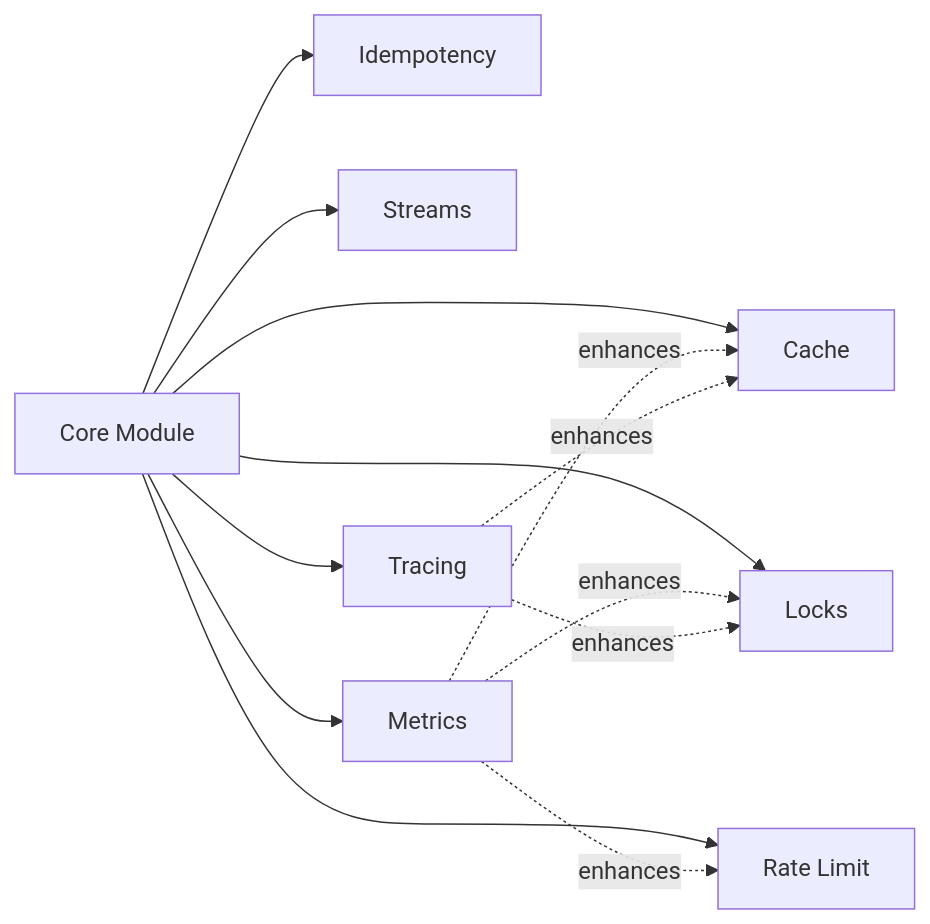
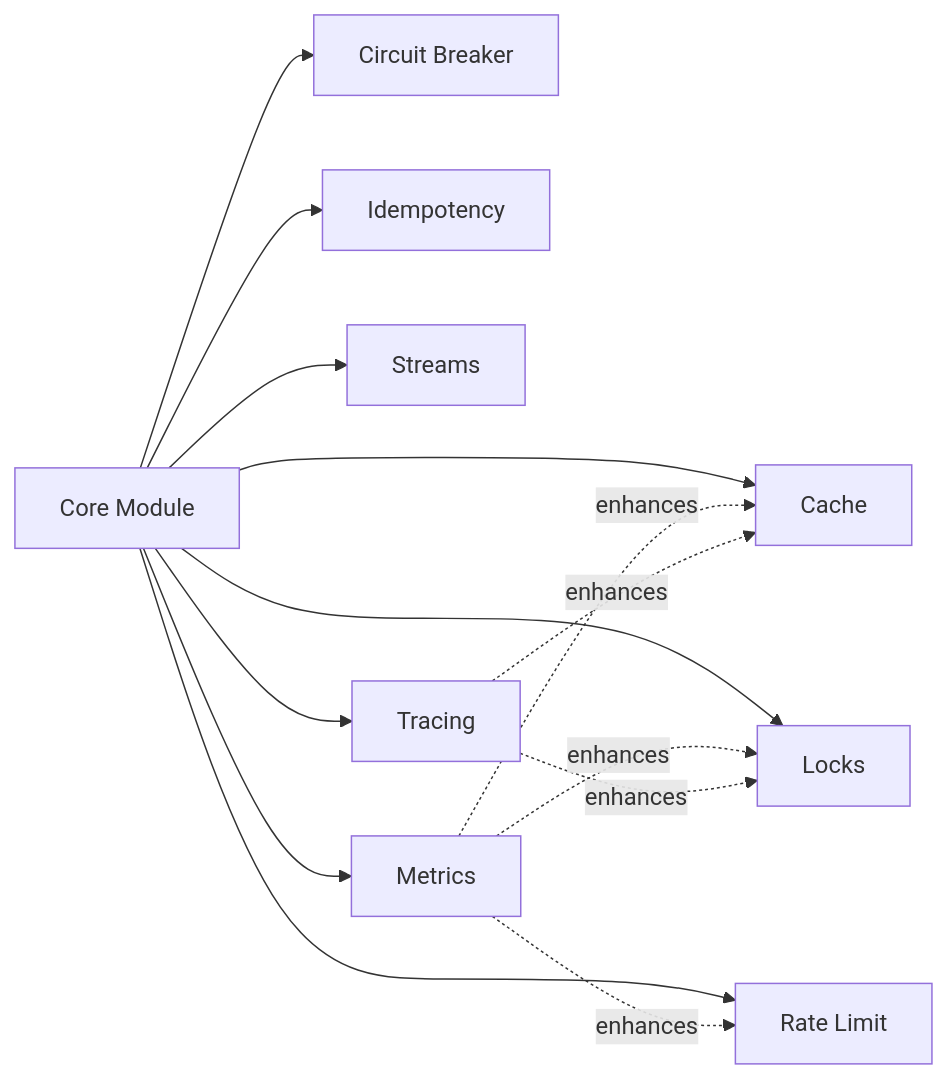
Before and after one commit to nestjs-redisx/nestjs-redisx: the second of 2 diagrams in website/en/guide/decision-guide.md, drawn with Mermaid. The commit also changed other lines of this file and 41 other files, not shown here.

````diff
--- a/website/en/guide/decision-guide.md
+++ b/website/en/guide/decision-guide.md
@@ -108,16 +110,17 @@
 ```mermaid
 graph LR
     Core[Core Module] --> Cache
     Core --> Locks
     Core --> RateLimit[Rate Limit]
+    Core --> CircuitBreaker[Circuit Breaker]
     Core --> Idempotency
     Core --> Streams
     Core --> Metrics
     Core --> Tracing
     
     Metrics -.->|enhances| Cache
     Metrics -.->|enhances| Locks
     Metrics -.->|enhances| RateLimit
     Tracing -.->|enhances| Cache
     Tracing -.->|enhances| Locks
 ```
````
